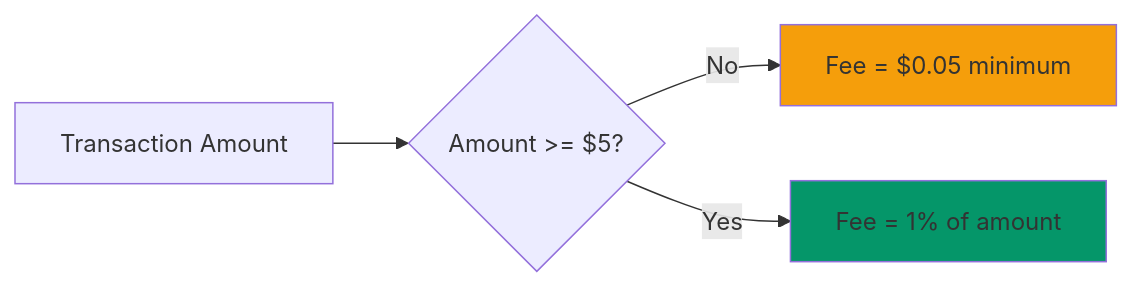
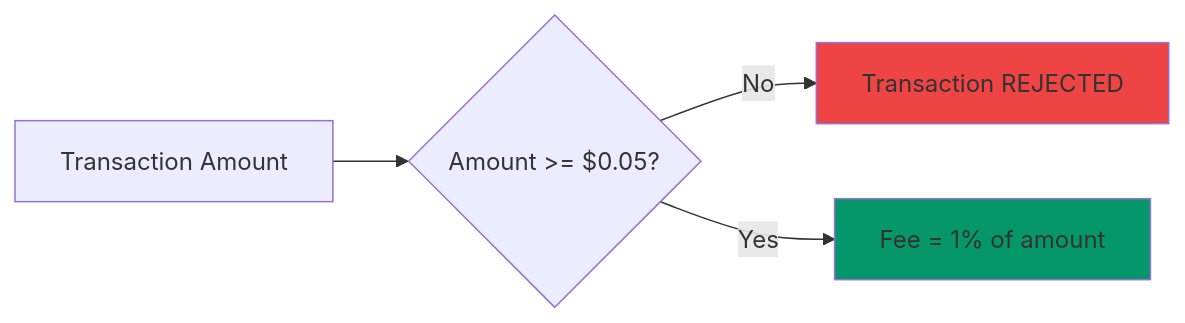
Before and after one commit to agirails/docs: the first of 2 diagrams in docs/concepts/fee-model.md, drawn with Mermaid. The commit also changed other lines of this file and 4 other files, not shown here.

````diff
--- a/docs/concepts/fee-model.md
+++ b/docs/concepts/fee-model.md
@@ -35,14 +39,14 @@
 ```mermaid
 graph LR
     A[Transaction Amount]
-    B{Amount >= $5?}
-    C[Fee = $0.05 minimum]
+    B{Amount >= $0.05?}
+    C[Transaction REJECTED]
     D[Fee = 1% of amount]
 
     A --> B
     B -->|No| C
     B -->|Yes| D
 
-    style C fill:#f59e0b
+    style C fill:#ef4444
     style D fill:#059669
 ```
````
